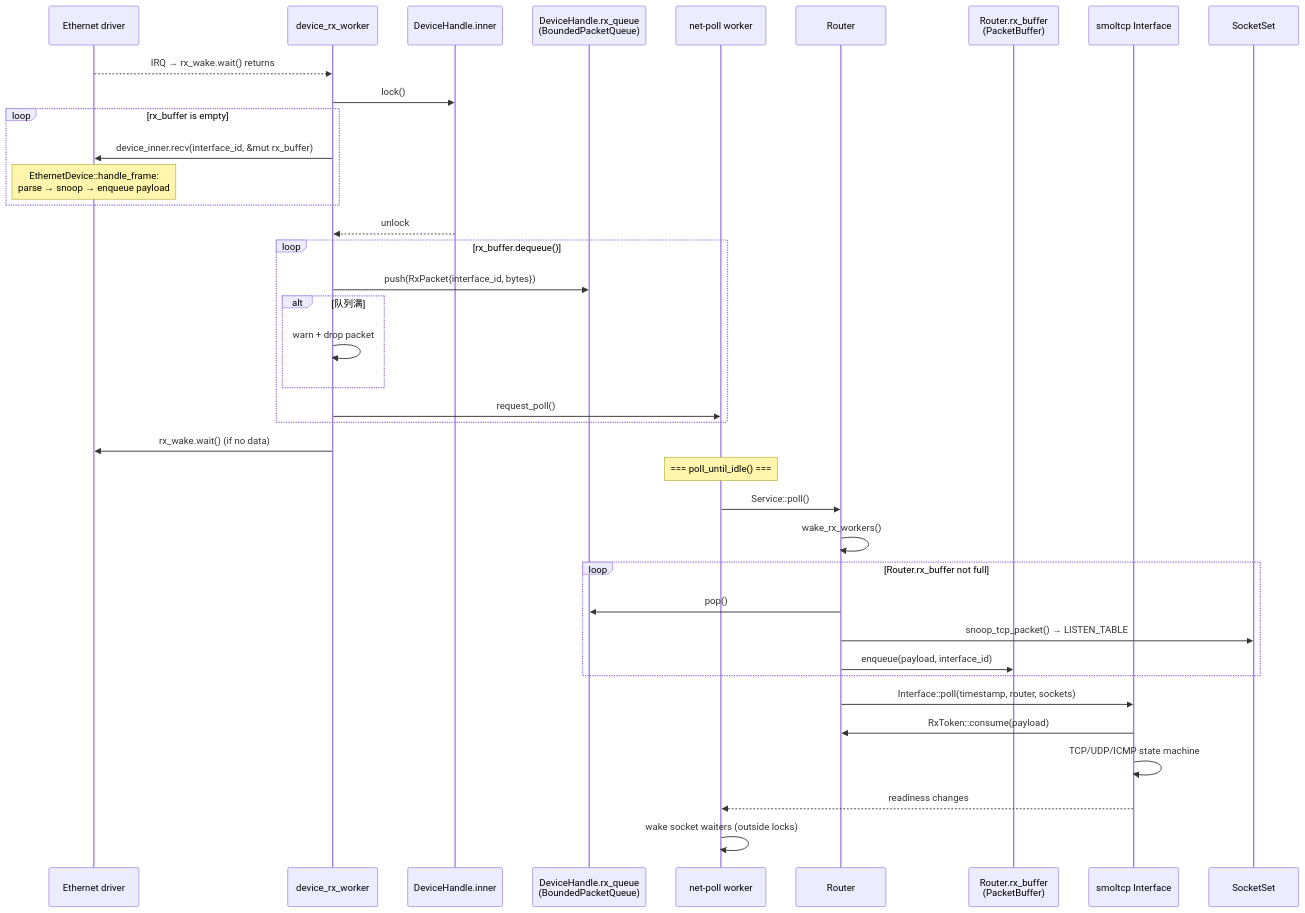
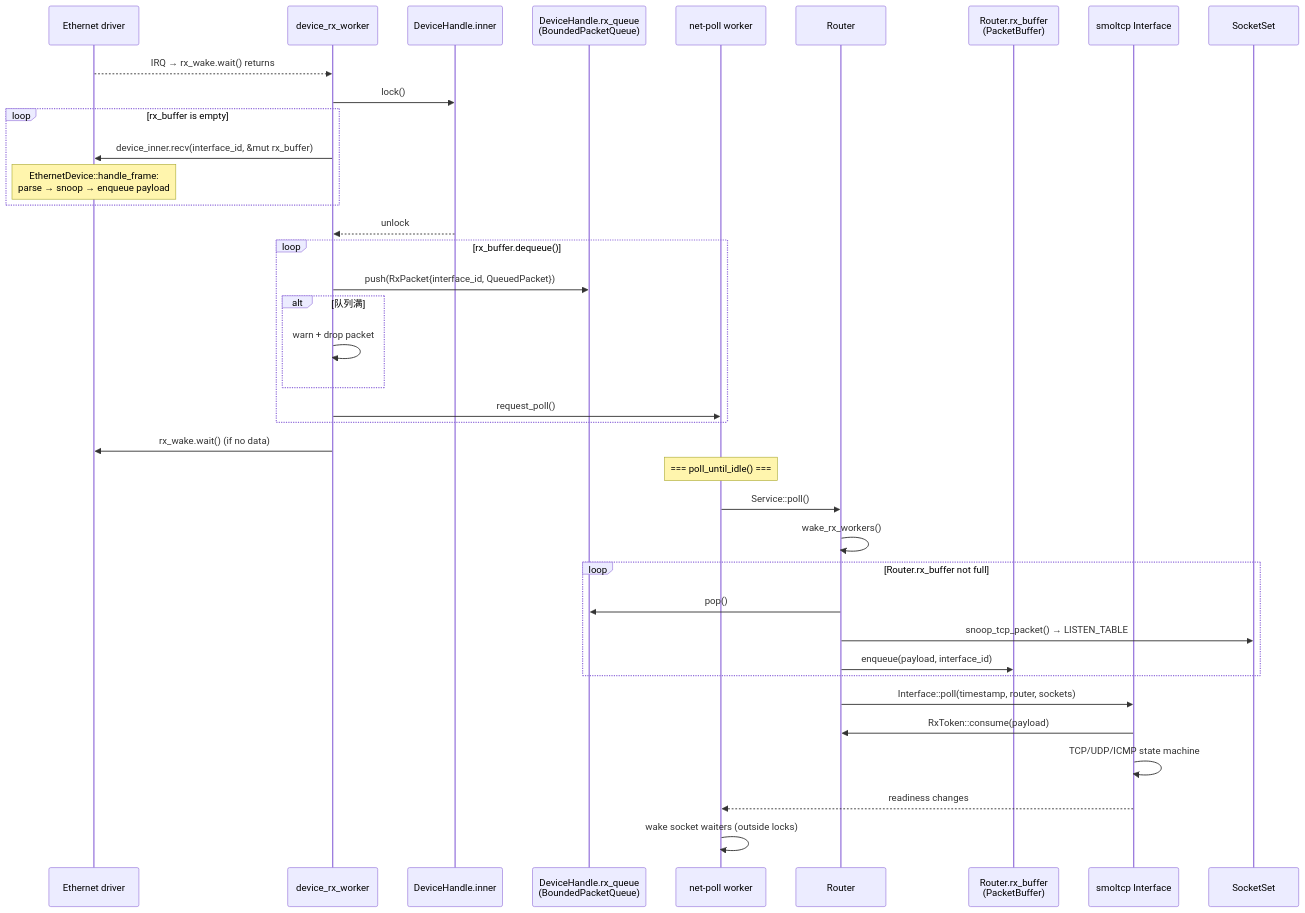
One commit to rcore-os/tgoskits changed the second of 9 diagrams in docs/docs/architecture/net/flows.md. Above: the diagram before and after it, drawn with Mermaid. The commit also changed other lines of this file and 11 other files, not shown here.

Commit message:
docs(net): restructure architecture docs into focused topics and reflect inline queue changes

````diff
--- a/docs/docs/architecture/net/flows.md
+++ b/docs/docs/architecture/net/flows.md
@@ -150,41 +150,41 @@
 ```mermaid
 sequenceDiagram
     participant Dev as Ethernet driver
     participant RxW as device_rx_worker
     participant DevLock as DeviceHandle.inner
     participant RxQ as DeviceHandle.rx_queue<br/>(BoundedPacketQueue)
     participant PollW as net-poll worker
     participant Router as Router
     participant RouterRx as Router.rx_buffer<br/>(PacketBuffer)
     participant Smol as smoltcp Interface
     participant Sock as SocketSet
 
     Dev-->>RxW: IRQ → rx_wake.wait() returns
     RxW->>DevLock: lock()
     loop rx_buffer is empty
         RxW->>Dev: device_inner.recv(interface_id, &mut rx_buffer)
         Note over Dev: EthernetDevice::handle_frame:<br/>parse → snoop → enqueue payload
     end
     DevLock-->>RxW: unlock
     loop rx_buffer.dequeue()
-        RxW->>RxQ: push(RxPacket{interface_id, bytes})
+        RxW->>RxQ: push(RxPacket{interface_id, QueuedPacket})
         alt 队列满
             RxW->>RxW: warn + drop packet
         end
         RxW->>PollW: request_poll()
     end
     RxW->>Dev: rx_wake.wait() (if no data)
     Note over PollW: === poll_until_idle() ===
     PollW->>Router: Service::poll()
     Router->>Router: wake_rx_workers()
     loop Router.rx_buffer not full
         Router->>RxQ: pop()
         Router->>Sock: snoop_tcp_packet() → LISTEN_TABLE
         Router->>RouterRx: enqueue(payload, interface_id)
     end
     Router->>Smol: Interface::poll(timestamp, router, sockets)
     Smol->>Router: RxToken::consume(payload)
     Smol->>Smol: TCP/UDP/ICMP state machine
     Smol-->>PollW: readiness changes
     PollW->>PollW: wake socket waiters (outside locks)
 ```
````
